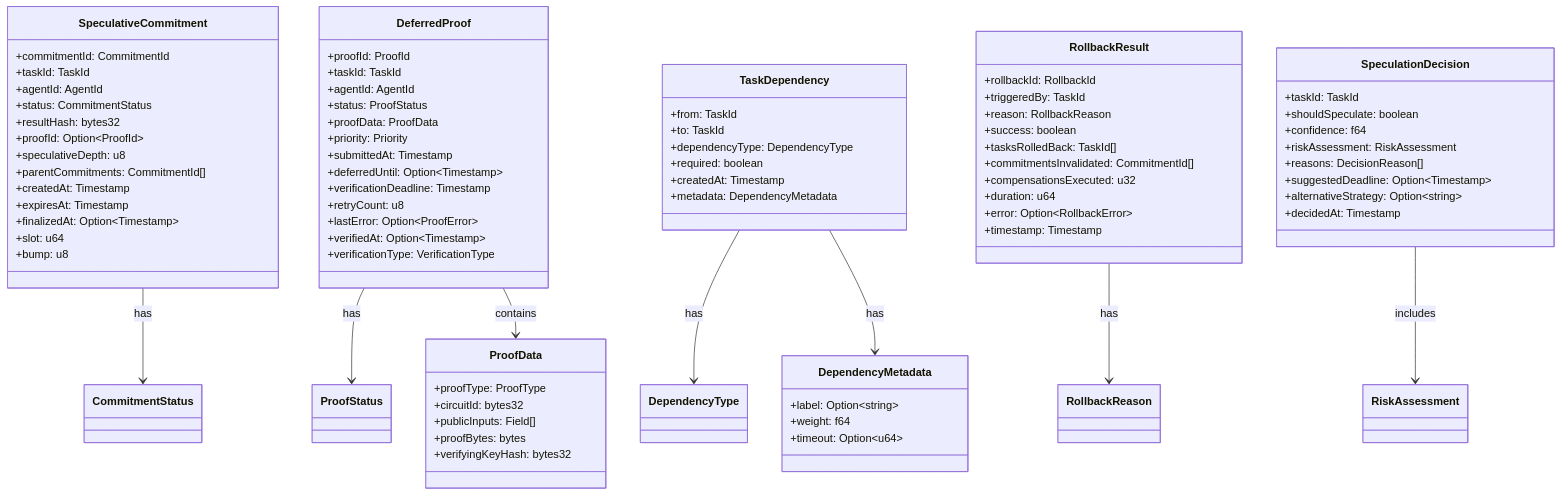
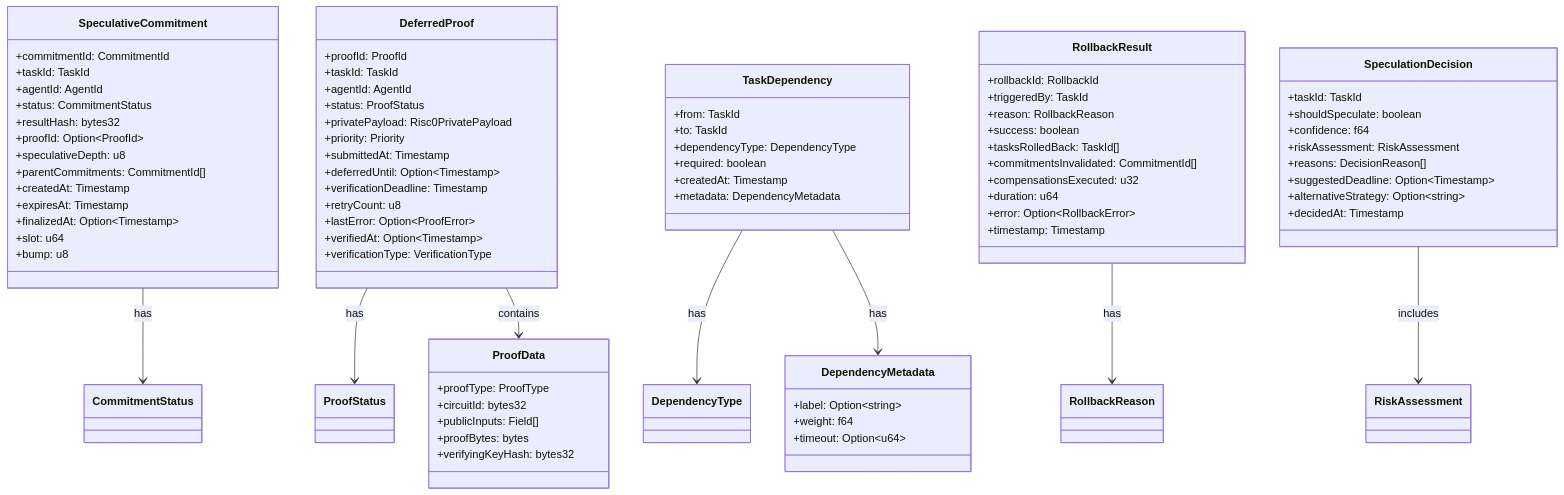
The eighth of 19 diagrams in docs/design/speculation/diagrams/CLASS-DIAGRAMS.md (tetsuo-ai/AgenC), drawn with Mermaid before and after one commit. The commit also changed other lines of this file and 120 other files, not shown here.

First line of the commit message:
refactor(zk): complete risc0 migration and remove legacy proof stack (#1209)

```diff
--- a/docs/design/speculation/diagrams/CLASS-DIAGRAMS.md
+++ b/docs/design/speculation/diagrams/CLASS-DIAGRAMS.md
@@ -666,7 +666,7 @@
         +taskId: TaskId
         +agentId: AgentId
         +status: ProofStatus
-        +proofData: ProofData
+        +privatePayload: Risc0PrivatePayload
         +priority: Priority
         +submittedAt: Timestamp
         +deferredUntil: Option~Timestamp~
```
